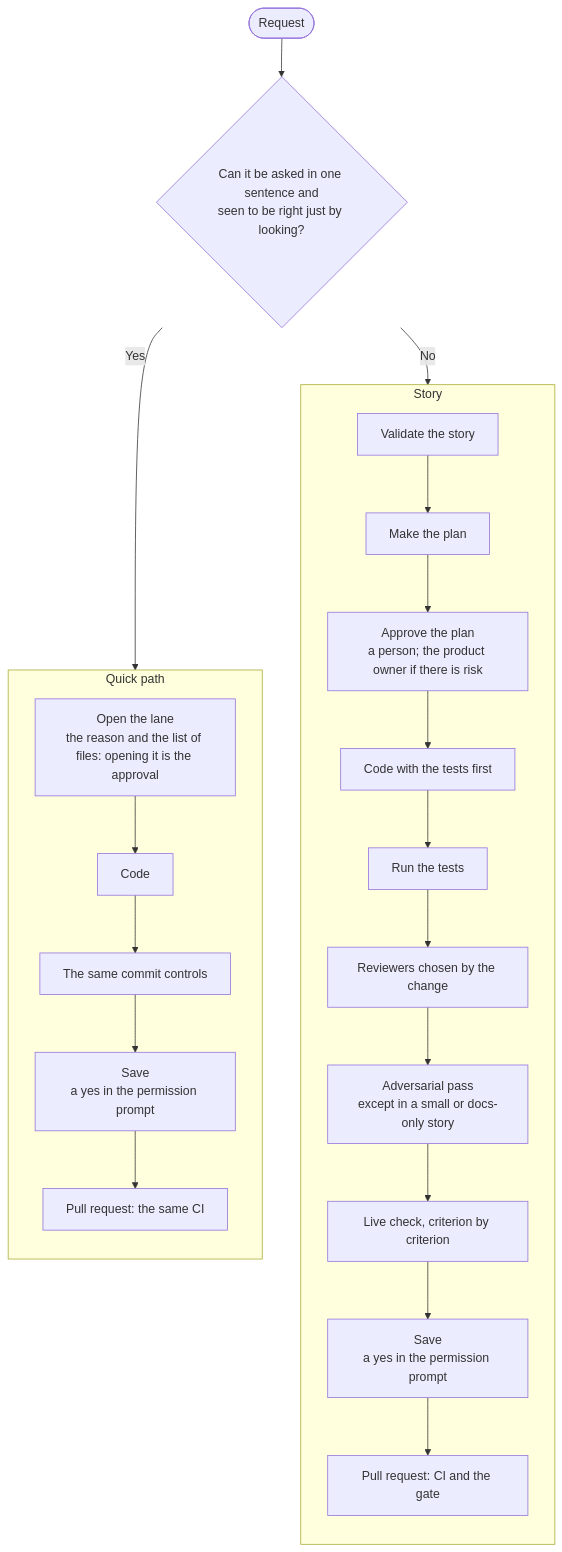
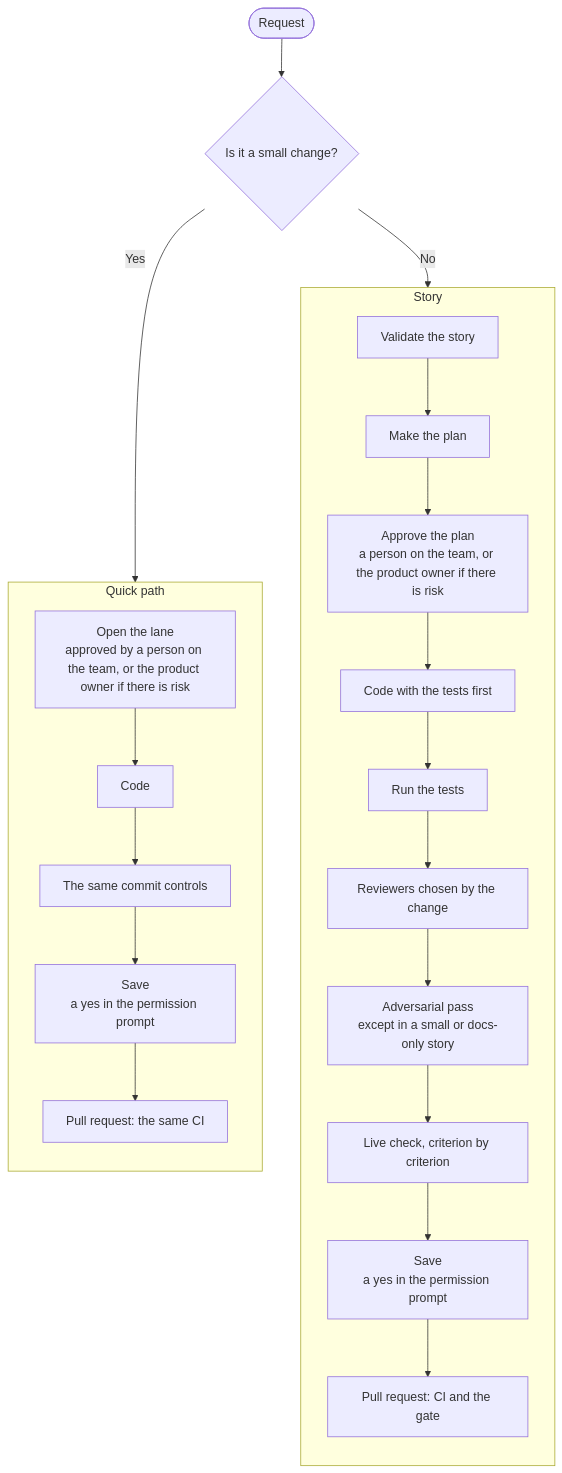
One commit to TYCON-SA/tycon-harness changed the diagram in README.md. Above: the diagram before and after it, drawn with Mermaid. The commit also changed 2 other files, not shown here.

Commit message:
docs(portada): el diagrama con textos entre comillas y las preguntas de la miniclase
GitHub no dibujaba el diagrama: el punto y coma corta la instrucción en mermaid. Cada texto va
entre comillas y sin «;». La pregunta pasa a «¿Es un cambio chico?» y el carril lo aprueba una
persona del equipo, o el dueño del producto si hay riesgo (también en la guía).

````diff
--- a/README.md
+++ b/README.md
@@ -51,25 +51,25 @@
 ```mermaid
 flowchart TB
-  request([Request]) --> size{Can it be asked in one sentence and<br/>seen to be right just by looking?}
-  size -- No --> h1
-  size -- Yes --> r1
-  subgraph story [Story]
+  request(["Request"]) --> size{"Is it a small change?"}
+  size -- "No" --> h1
+  size -- "Yes" --> r1
+  subgraph story ["Story"]
     direction TB
-    h1[Validate the story] --> h2[Make the plan]
-    h2 --> h3[Approve the plan<br/>a person; the product owner if there is risk]
-    h3 --> h4[Code with the tests first]
-    h4 --> h5[Run the tests]
-    h5 --> h6[Reviewers chosen by the change]
-    h6 --> h7[Adversarial pass<br/>except in a small or docs-only story]
-    h7 --> h8[Live check, criterion by criterion]
-    h8 --> h9[Save<br/>a yes in the permission prompt]
-    h9 --> h10[Pull request: CI and the gate]
+    h1["Validate the story"] --> h2["Make the plan"]
+    h2 --> h3["Approve the plan<br/>a person on the team, or the product owner if there is risk"]
+    h3 --> h4["Code with the tests first"]
+    h4 --> h5["Run the tests"]
+    h5 --> h6["Reviewers chosen by the change"]
+    h6 --> h7["Adversarial pass<br/>except in a small or docs-only story"]
+    h7 --> h8["Live check, criterion by criterion"]
+    h8 --> h9["Save<br/>a yes in the permission prompt"]
+    h9 --> h10["Pull request: CI and the gate"]
   end
-  subgraph quick [Quick path]
+  subgraph quick ["Quick path"]
     direction TB
-    r1[Open the lane<br/>the reason and the list of files: opening it is the approval] --> r2[Code]
-    r2 --> r3[The same commit controls]
-    r3 --> r4[Save<br/>a yes in the permission prompt]
-    r4 --> r5[Pull request: the same CI]
+    r1["Open the lane<br/>approved by a person on the team, or the product owner if there is risk"] --> r2["Code"]
+    r2 --> r3["The same commit controls"]
+    r3 --> r4["Save<br/>a yes in the permission prompt"]
+    r4 --> r5["Pull request: the same CI"]
   end
 ```
````
